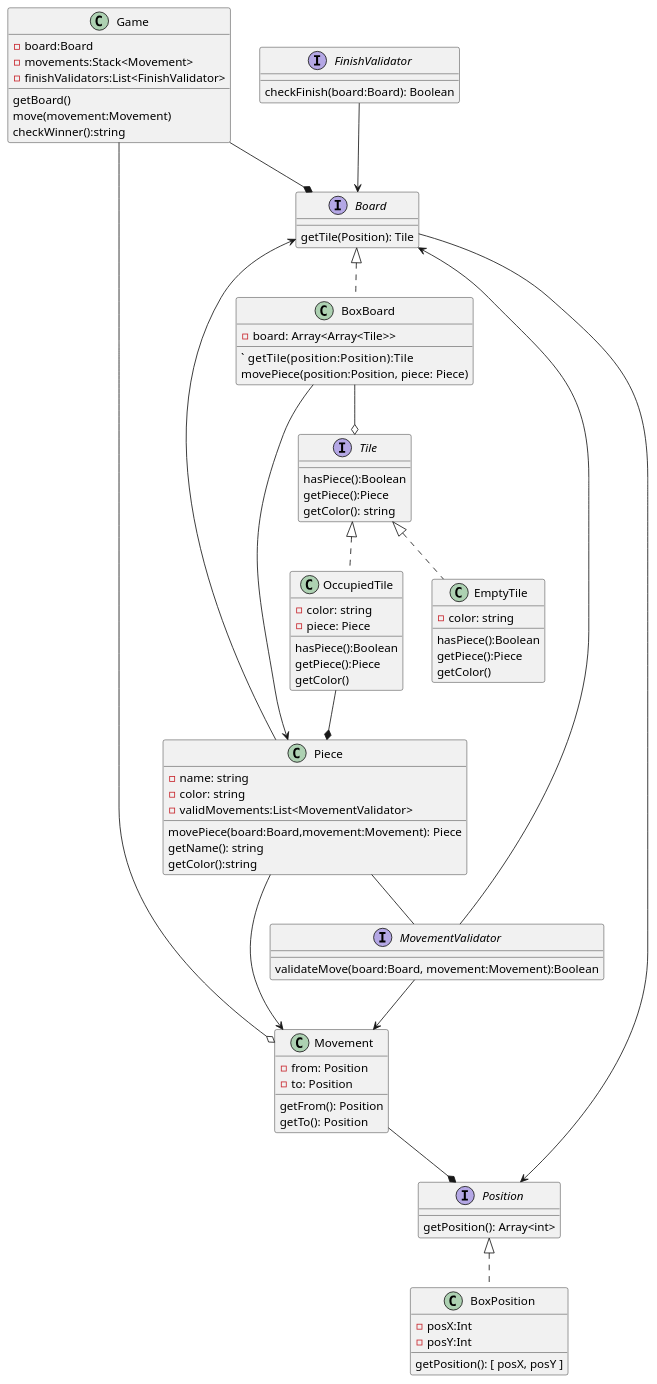
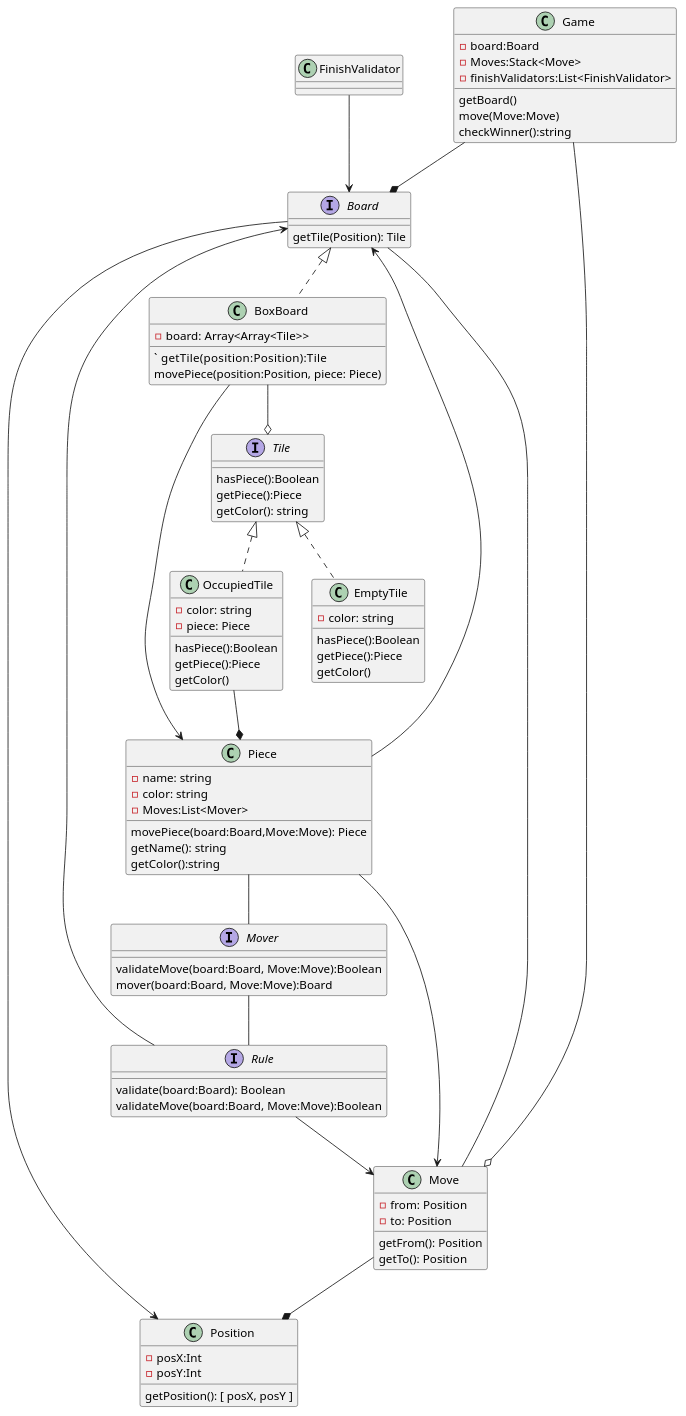
One commit to SegunMarcaida/chess-disSis changed the diagram in src/main/resources/chess.puml. Above: the diagram before and after it, drawn with PlantUML. The commit also changed 30 other files, not shown here.

```diff
--- a/src/main/resources/chess.puml
+++ b/src/main/resources/chess.puml
@@ -1,93 +1,96 @@
 @startuml
 
 
 
     interface Board{
         getTile(Position): Tile
     }
     class BoxBoard implements Board{
     - board: Array<Array<Tile>>
     `    getTile(position:Position):Tile
      movePiece(position:Position, piece: Piece)
     }
     BoxBoard --o Tile
     BoxBoard --> Piece
 
     Board --> Position
 
     class EmptyTile implements Tile{
         - color: string
         hasPiece():Boolean
         getPiece():Piece
         getColor()
     }
 
     class OccupiedTile implements Tile{
             - color: string
             - piece: Piece
             hasPiece():Boolean
             getPiece():Piece
             getColor()
         }
         OccupiedTile --* Piece
 
-    interface Position{
-    getPosition(): Array<int>
-    }
-
-    class BoxPosition implements Position{
+    class Position{
         -posX:Int
         -posY:Int
         getPosition(): [ posX, posY ]
     }
 
     interface Tile{
     hasPiece():Boolean
     getPiece():Piece
     getColor(): string
     }
 
-    class Movement{
+    class Move{
     - from: Position
     - to: Position
     getFrom(): Position
     getTo(): Position
     }
-    Movement --* Position
+    Move --* Position
 
-    interface FinishValidator{
-    checkFinish(board:Board): Boolean
+    interface Rule{
+    validate(board:Board): Boolean
     }
     FinishValidator --> Board
 
-    interface MovementValidator{
-    validateMove(board:Board, movement:Movement):Boolean
+    interface Rule{
+    validateMove(board:Board, Move:Move):Boolean
     }
-    MovementValidator --> Board
-    MovementValidator --> Movement
+    Rule --> Board
+    Rule --> Move
 
 
     class Piece{
     - name: string
     - color: string
-    - validMovements:List<MovementValidator>
-    movePiece(board:Board,movement:Movement): Piece
+    - Moves:List<Mover>
+    movePiece(board:Board,Move:Move): Piece
     getName(): string
     getColor():string
     }
-    Piece --MovementValidator
+    Piece --Mover
     Piece --> Board
-    Piece --> Movement
+    Piece --> Move
+
+    interface Mover{
+    validateMove(board:Board, Move:Move):Boolean
+    mover(board:Board, Move:Move):Board
+    }
+    Mover -- Rule
+    Move -- Board
 
     class Game{
     -board:Board
-    -movements:Stack<Movement>
+    -Moves:Stack<Move>
     -finishValidators:List<FinishValidator>
     getBoard()
-    move(movement:Movement)
+    move(Move:Move)
     checkWinner():string
     }
     Game --* Board
-    Game --o Movement
+    Game --o Move
 
 @enduml
```
